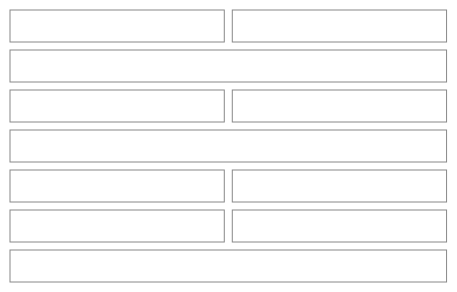
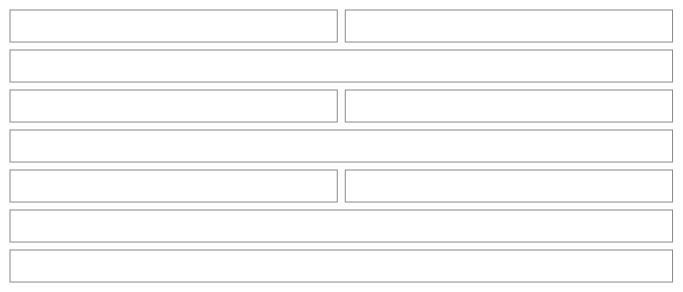
One commit to NovaMoonX/moondreams-dev-apps changed the seventh of 54 diagrams in src/apps/pinch/UX.md. Above: the diagram before and after it, drawn with Mermaid. The commit also changed other lines of this file and 163 other files, not shown here.

````diff
--- a/src/apps/pinch/UX.md
+++ b/src/apps/pinch/UX.md
@@ -291,27 +288,25 @@
 ```mermaid
 %%{init: {'theme': 'base', 'themeVariables': {'primaryColor': 'transparent', 'primaryBorderColor': '#888888', 'primaryTextColor': '#333333', 'lineColor': '#888888'}}}%%
 block-beta
   columns 2
   D1["Tue, Oct 13"]:1
-  D2["$18.40"]:1
+  D2["$10.30 so far"]:1
   D3["🍳 Breakfast"]:2
   D4["Oats with berries · 1 serving"]:1
-  D5["$1.20"]:1
+  D5["$1.20 ›"]:1
   D6["🍝 Dinner"]:2
-  D7["Adobo chicken · 2 servings"]:1
-  D8["$6.40"]:1
-  D9["Cilantro lime rice · 2 servings"]:1
-  D10["$2.70"]:1
-  D11["+ Add to this day"]:2
+  D7["Taco night · Adobo chicken, Cilantro lime rice"]:1
+  D8["$9.10+ ›"]:1
+  D9["Add to shopping list · 3 of 13 already on your list"]:2
+  D11["Plan on this day"]:2
   style D1 fill:transparent,stroke:#888888,stroke-width:1px;
   style D2 fill:transparent,stroke:#888888,stroke-width:1px;
   style D3 fill:transparent,stroke:#888888,stroke-width:1px;
   style D4 fill:transparent,stroke:#888888,stroke-width:1px;
   style D5 fill:transparent,stroke:#888888,stroke-width:1px;
   style D6 fill:transparent,stroke:#888888,stroke-width:1px;
   style D7 fill:transparent,stroke:#888888,stroke-width:1px;
   style D8 fill:transparent,stroke:#888888,stroke-width:1px;
   style D9 fill:transparent,stroke:#888888,stroke-width:1px;
-  style D10 fill:transparent,stroke:#888888,stroke-width:1px;
   style D11 fill:transparent,stroke:#888888,stroke-width:1px;
 ```
````
